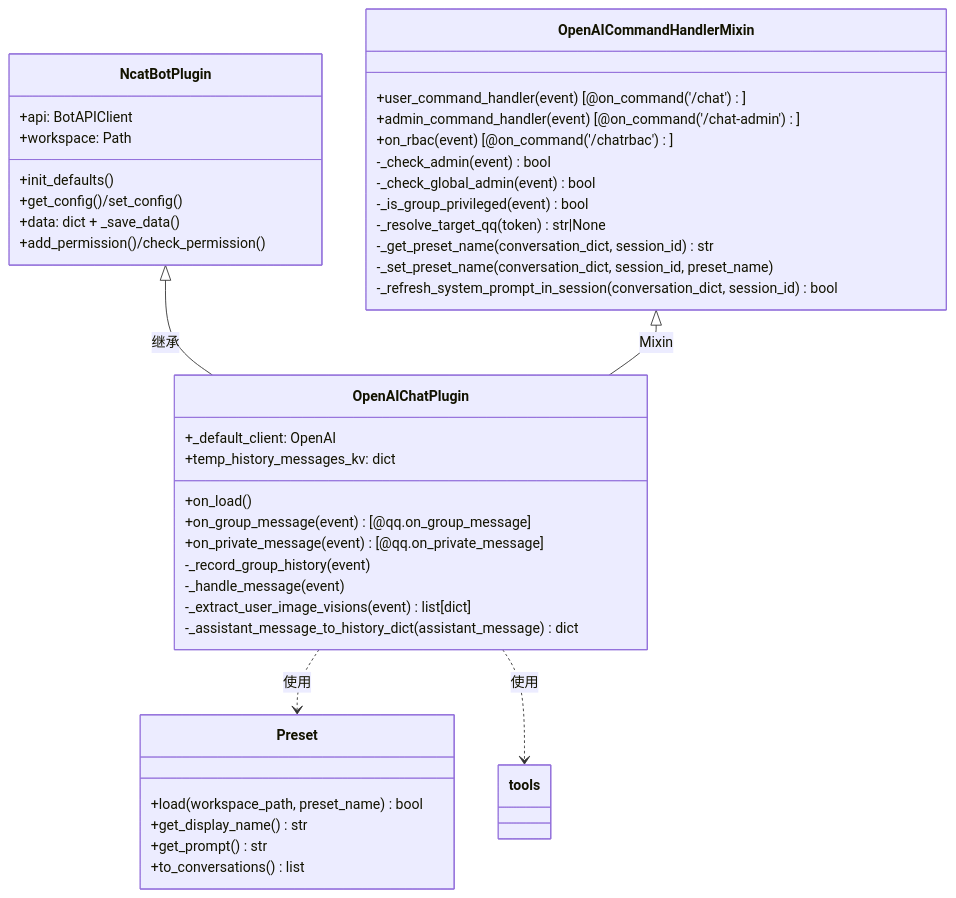
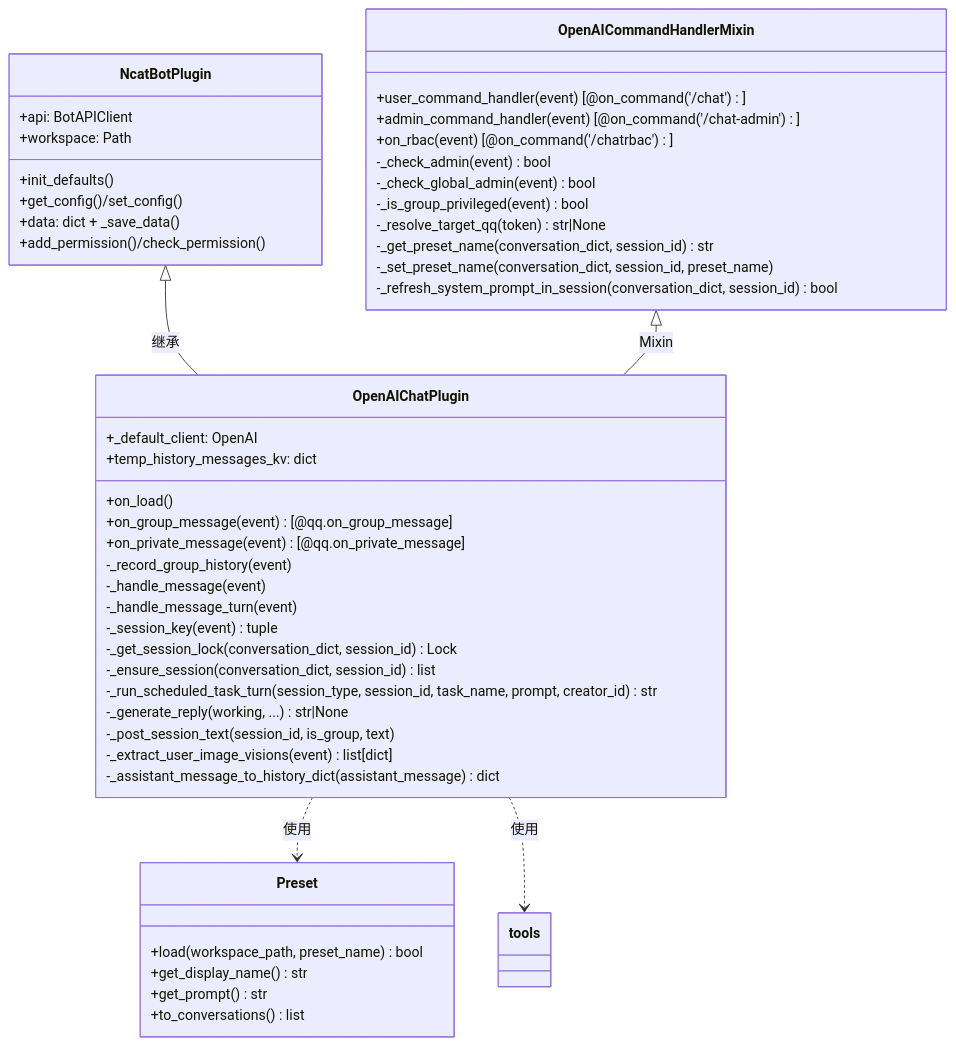
One commit to Yang-qwq/openai_chat_plugin changed the third of 3 diagrams in AGENTS.md. Above: the diagram before and after it, drawn with Mermaid. The commit also changed other lines of this file and 7 other files, not shown here.

````diff
--- a/AGENTS.md
+++ b/AGENTS.md
@@ -72,48 +72,55 @@
 ```mermaid
 classDiagram
     class NcatBotPlugin {
         +init_defaults()
         +get_config()/set_config()
         +data: dict + _save_data()
         +api: BotAPIClient
         +workspace: Path
         +add_permission()/check_permission()
     }
 
     class OpenAICommandHandlerMixin {
         +user_command_handler(event) [@on_command('/chat')]
         +admin_command_handler(event) [@on_command('/chat-admin')]
         +on_rbac(event) [@on_command('/chatrbac')]
         -_check_admin(event) bool
         -_check_global_admin(event) bool
         -_is_group_privileged(event) bool
         -_resolve_target_qq(token) str|None
         -_get_preset_name(conversation_dict, session_id) str
         -_set_preset_name(conversation_dict, session_id, preset_name)
         -_refresh_system_prompt_in_session(conversation_dict, session_id) bool
     }
 
     class OpenAIChatPlugin {
         +_default_client: OpenAI
         +temp_history_messages_kv: dict
         +on_load()
         +on_group_message(event) [@qq.on_group_message]
         +on_private_message(event) [@qq.on_private_message]
         -_record_group_history(event)
         -_handle_message(event)
+        -_handle_message_turn(event)
+        -_session_key(event) tuple
+        -_get_session_lock(conversation_dict, session_id) Lock
+        -_ensure_session(conversation_dict, session_id) list
+        -_run_scheduled_task_turn(session_type, session_id, task_name, prompt, creator_id) str
+        -_generate_reply(working, ...) str|None
+        -_post_session_text(session_id, is_group, text)
         -_extract_user_image_visions(event) list[dict]
         -_assistant_message_to_history_dict(assistant_message) dict
     }
 
     class Preset {
         +load(workspace_path, preset_name) bool
         +get_display_name() str
         +get_prompt() str
         +to_conversations() list
     }
 
     NcatBotPlugin <|-- OpenAIChatPlugin : 继承
     OpenAICommandHandlerMixin <|-- OpenAIChatPlugin : Mixin
     OpenAIChatPlugin ..> Preset : 使用
     OpenAIChatPlugin ..> tools : 使用
 ```
````
